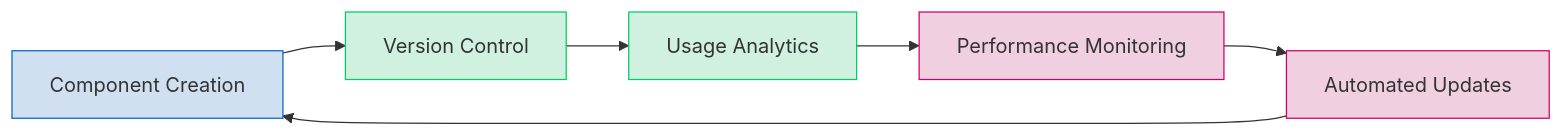
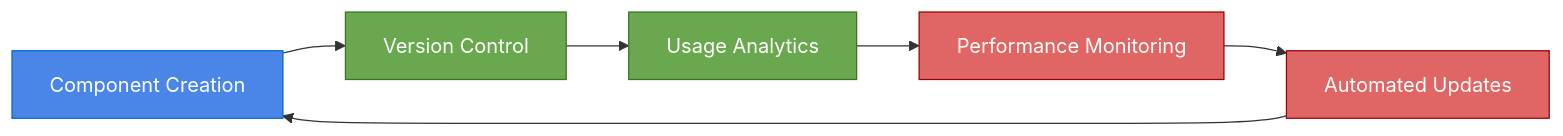
Before and after one commit to hungmanhdo/componentcraft_ai: diagram 16 of 27 in advance.md, drawn with Mermaid. The commit also changed other lines of this file and 1 other file, not shown here.

Commit message:
Update style of charts

````diff
--- a/advance.md
+++ b/advance.md
@@ -575,14 +575,14 @@
 ```mermaid
 graph LR
     A[Component Creation] --> B[Version Control]
     B --> C[Usage Analytics]
     C --> D[Performance Monitoring]
     D --> E[Automated Updates]
     E --> A
 
-    style A fill:#d0e0f0,stroke:#0066cc
-    style B fill:#d0f0e0,stroke:#00cc66
-    style C fill:#d0f0e0,stroke:#00cc66
-    style D fill:#f0d0e0,stroke:#cc0066
-    style E fill:#f0d0e0,stroke:#cc0066
+    style A fill:#4a86e8,stroke:#0066cc,color:#ffffff
+    style B fill:#6aa84f,stroke:#38761d,color:#ffffff
+    style C fill:#6aa84f,stroke:#38761d,color:#ffffff
+    style D fill:#e06666,stroke:#990000,color:#ffffff
+    style E fill:#e06666,stroke:#990000,color:#ffffff
 ```
````
